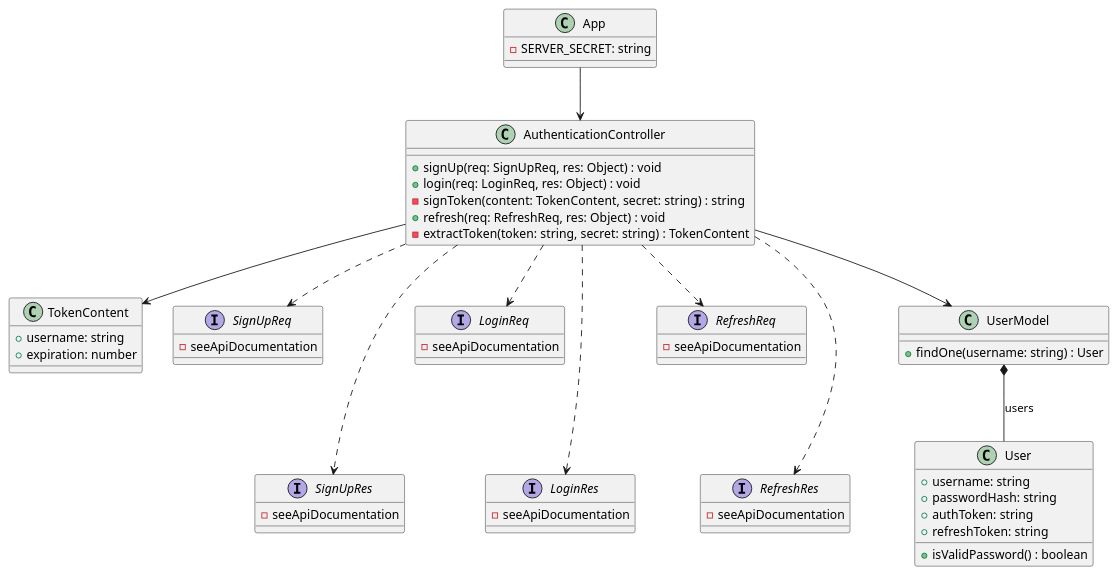
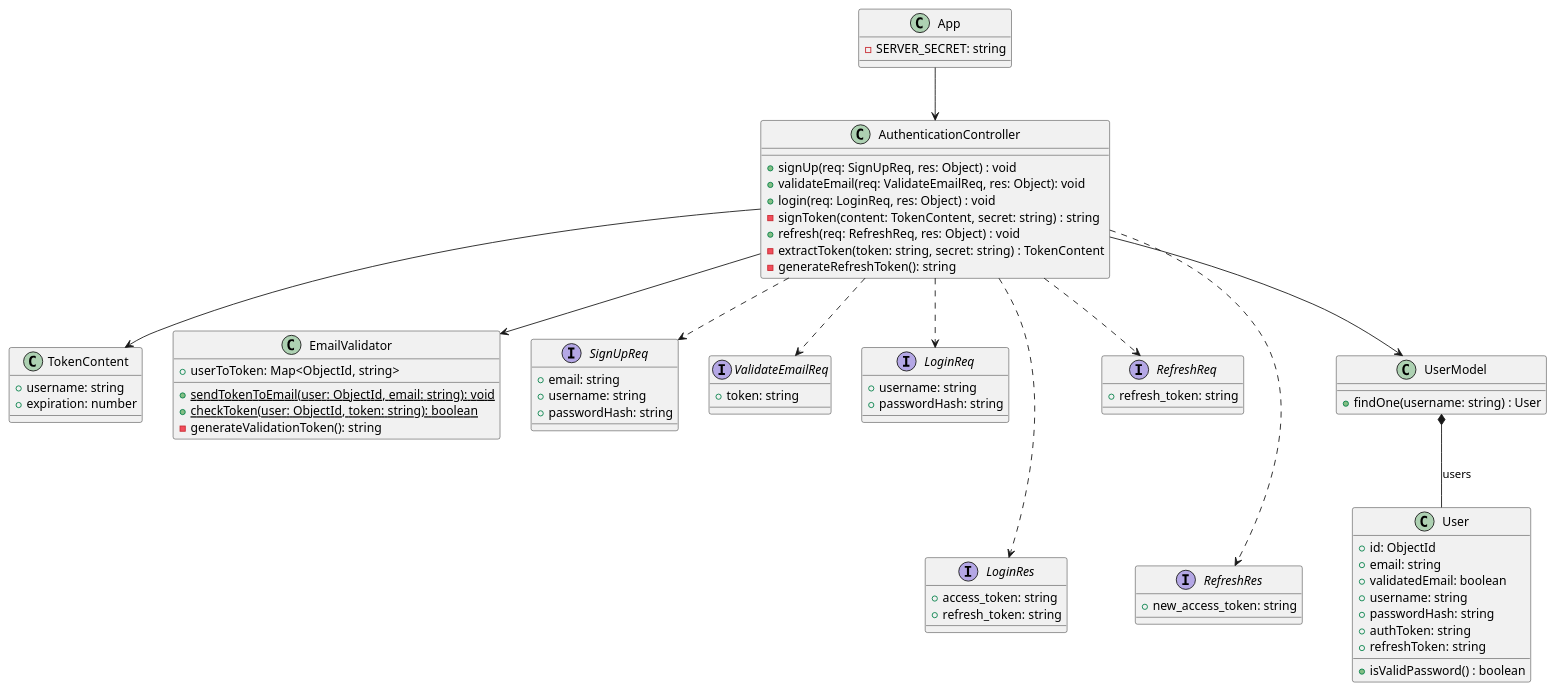
One commit to PSE-TECO-2020-TEAM1/e2e-ml_docs changed the diagram in Design/class-diagrams/auth_class_diagram.pu. Above: the diagram before and after it, drawn with PlantUML. The commit also changed 12 other files, not shown here.

```diff
--- a/Design/class-diagrams/auth_class_diagram.pu
+++ b/Design/class-diagrams/auth_class_diagram.pu
@@ -1,71 +1,88 @@
 @startuml Authentication Class Diagram
 
 class App {
     -SERVER_SECRET: string
 }
 
 class TokenContent {
     +username: string
     +expiration: number
 }
 
 class AuthenticationController {
     +signUp(req: SignUpReq, res: Object) : void
+    +validateEmail(req: ValidateEmailReq, res: Object): void
     +login(req: LoginReq, res: Object) : void
     -signToken(content: TokenContent, secret: string) : string
     +refresh(req: RefreshReq, res: Object) : void
     -extractToken(token: string, secret: string) : TokenContent
+    -generateRefreshToken(): string
 }
 
 AuthenticationController --> TokenContent
+AuthenticationController --> EmailValidator
 
 interface SignUpReq {
-    -seeApiDocumentation
+    +email: string
+    +username: string
+    +passwordHash: string
 }
-interface SignUpRes {
-    -seeApiDocumentation
+
+interface ValidateEmailReq {
+    +token: string
 }
-SignUpReq -[hidden]-> SignUpRes
 
 interface LoginReq {
-    -seeApiDocumentation
+    +username: string
+    +passwordHash: string
 }
 interface LoginRes {
-    -seeApiDocumentation
+    +access_token: string
+    +refresh_token: string
 }
 LoginReq -[hidden]-> LoginRes
 
 interface RefreshReq {
-    -seeApiDocumentation
+    +refresh_token: string
 }
 interface RefreshRes {
-    -seeApiDocumentation
+    +new_access_token: string
 }
 RefreshReq -[hidden]-> RefreshRes
 
 AuthenticationController ..> SignUpReq
-AuthenticationController ..> SignUpRes
 AuthenticationController ..> LoginReq
 AuthenticationController ..> LoginRes
 AuthenticationController ..> RefreshReq
 AuthenticationController ..> RefreshRes
+AuthenticationController ..> ValidateEmailReq
 
 App --> AuthenticationController
 
 class UserModel {
     +findOne(username: string) : User
 }
 
 AuthenticationController --> UserModel
 
 class User {
+    +id: ObjectId
+    +email: string
+    +validatedEmail: boolean
     +username: string
     +passwordHash: string
     +authToken: string
     +refreshToken: string
     +isValidPassword() : boolean
 }
 
+class EmailValidator {
+    +userToToken: Map<ObjectId, string>
+    +{static} sendTokenToEmail(user: ObjectId, email: string): void
+    +{static} checkToken(user: ObjectId, token: string): boolean
+    -generateValidationToken(): string
+}
+
 UserModel *-- User : users
 
 @enduml
```
